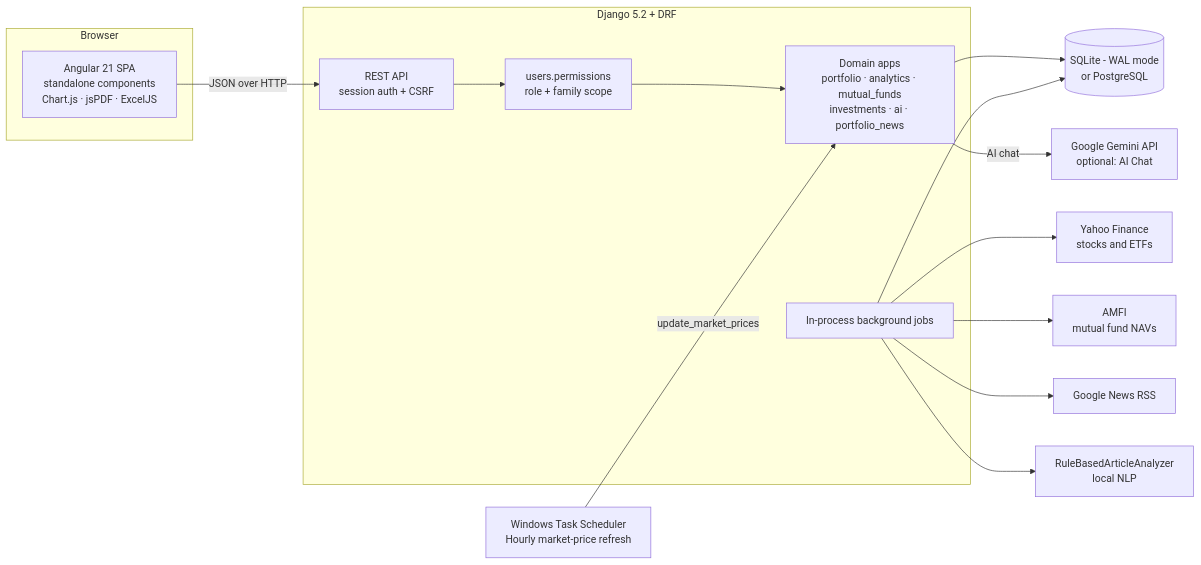
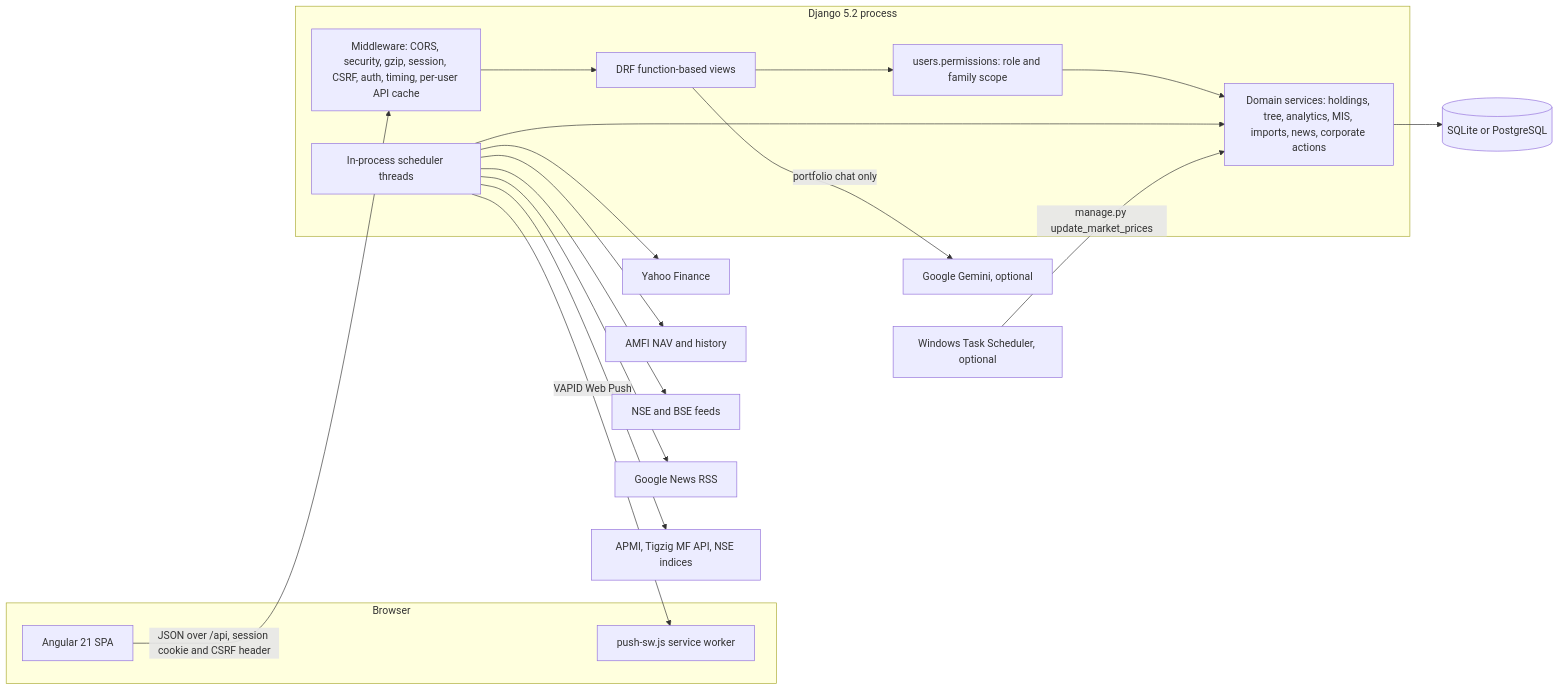
One commit to avviiiral/Personal_Wealth_Monitoring_System changed the first of 7 diagrams in README.md. Above: the diagram before and after it, drawn with Mermaid. The commit also changed other lines of this file and 1 other file, not shown here.

````diff
--- a/README.md
+++ b/README.md
@@ -906,32 +91,36 @@
 ```mermaid
 flowchart LR
-    subgraph Client["Browser"]
-        UI["Angular 21 SPA<br/>standalone components<br/>Chart.js · jsPDF · ExcelJS"]
+    subgraph Browser
+        SPA["Angular 21 SPA"]
+        SW["push-sw.js service worker"]
     end
 
-    subgraph Server["Django 5.2 + DRF"]
-        API["REST API<br/>session auth + CSRF"]
-        RBAC["users.permissions<br/>role + family scope"]
-        APPS["Domain apps<br/>portfolio · analytics · mutual_funds<br/>investments · ai · portfolio_news"]
-        SCH["In-process background jobs"]
+    subgraph Django["Django 5.2 process"]
+        MW["Middleware: CORS, security, gzip, session, CSRF, auth, timing, per-user API cache"]
+        API["DRF function-based views"]
+        PERM["users.permissions: role and family scope"]
+        SVC["Domain services: holdings, tree, analytics, MIS, imports, news, corporate actions"]
+        SCHED["In-process scheduler threads"]
     end
 
-    WTS["Windows Task Scheduler<br/>Hourly market-price refresh"]
+    DB[("SQLite or PostgreSQL")]
+    YF["Yahoo Finance"]
+    AMFI["AMFI NAV and history"]
+    NSE["NSE and BSE feeds"]
+    GN["Google News RSS"]
+    OTHER["APMI, Tigzig MF API, NSE indices"]
+    GEM["Google Gemini, optional"]
+    WTS["Windows Task Scheduler, optional"]
 
-    DB[("SQLite - WAL mode<br/>or PostgreSQL")]
-    YF["Yahoo Finance<br/>stocks and ETFs"]
-    AMFI["AMFI<br/>mutual fund NAVs"]
-    GN["Google News RSS"]
-    GEM["Google Gemini API<br/>optional: AI Chat"]
-    NLG["RuleBasedArticleAnalyzer<br/>local NLP"]
-
-    UI -->|"JSON over HTTP"| API
-    API --> RBAC --> APPS --> DB
-    SCH --> DB
-    SCH --> YF
-    SCH --> AMFI
-    SCH --> GN
-    SCH --> NLG
-    WTS -->|"update_market_prices"| APPS
-    APPS -->|"AI chat"| GEM
+    SPA -->|"JSON over /api, session cookie and CSRF header"| MW
+    MW --> API --> PERM --> SVC --> DB
+    SCHED --> SVC
+    SCHED --> YF
+    SCHED --> AMFI
+    SCHED --> NSE
+    SCHED --> GN
+    SCHED --> OTHER
+    API -->|"portfolio chat only"| GEM
+    SCHED -->|"VAPID Web Push"| SW
+    WTS -->|"manage.py update_market_prices"| SVC
 ```
````
